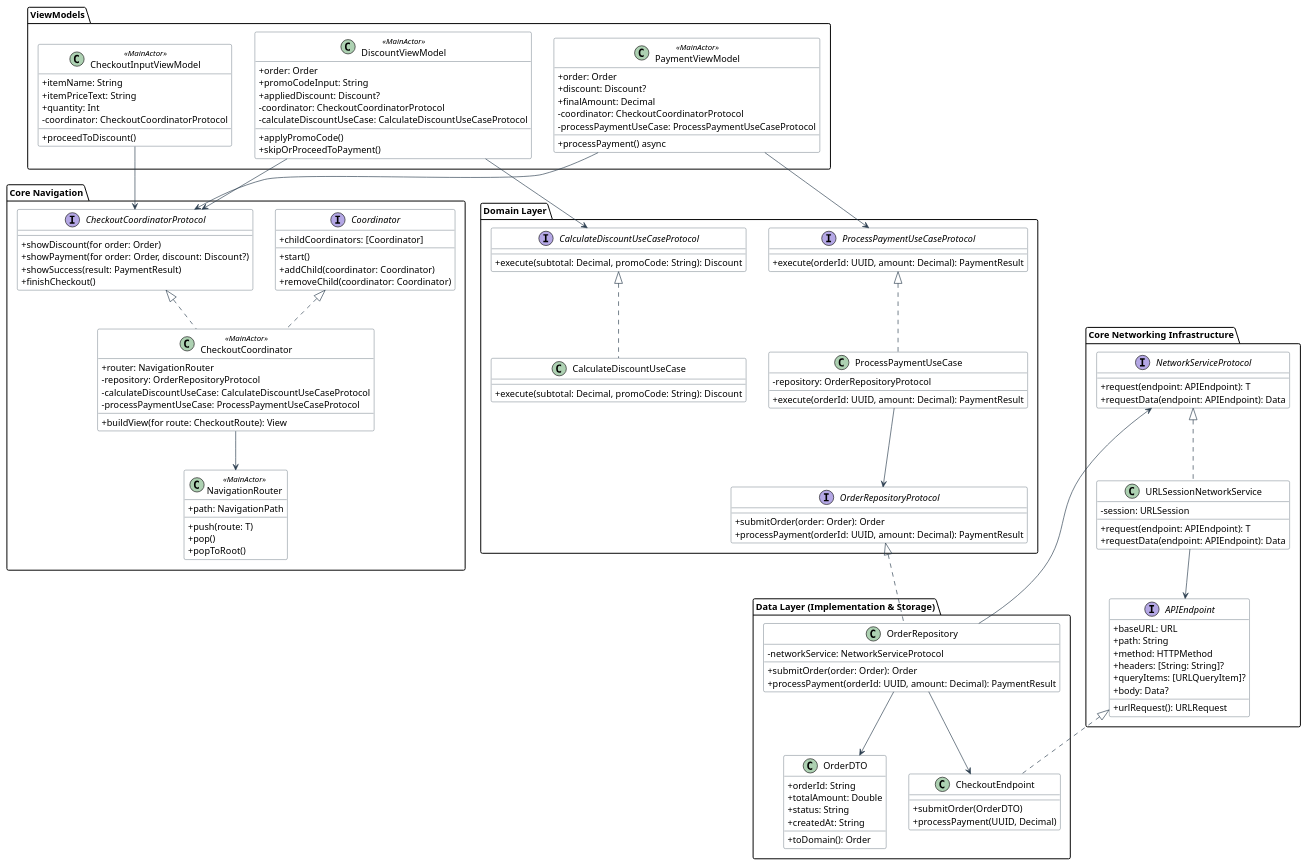
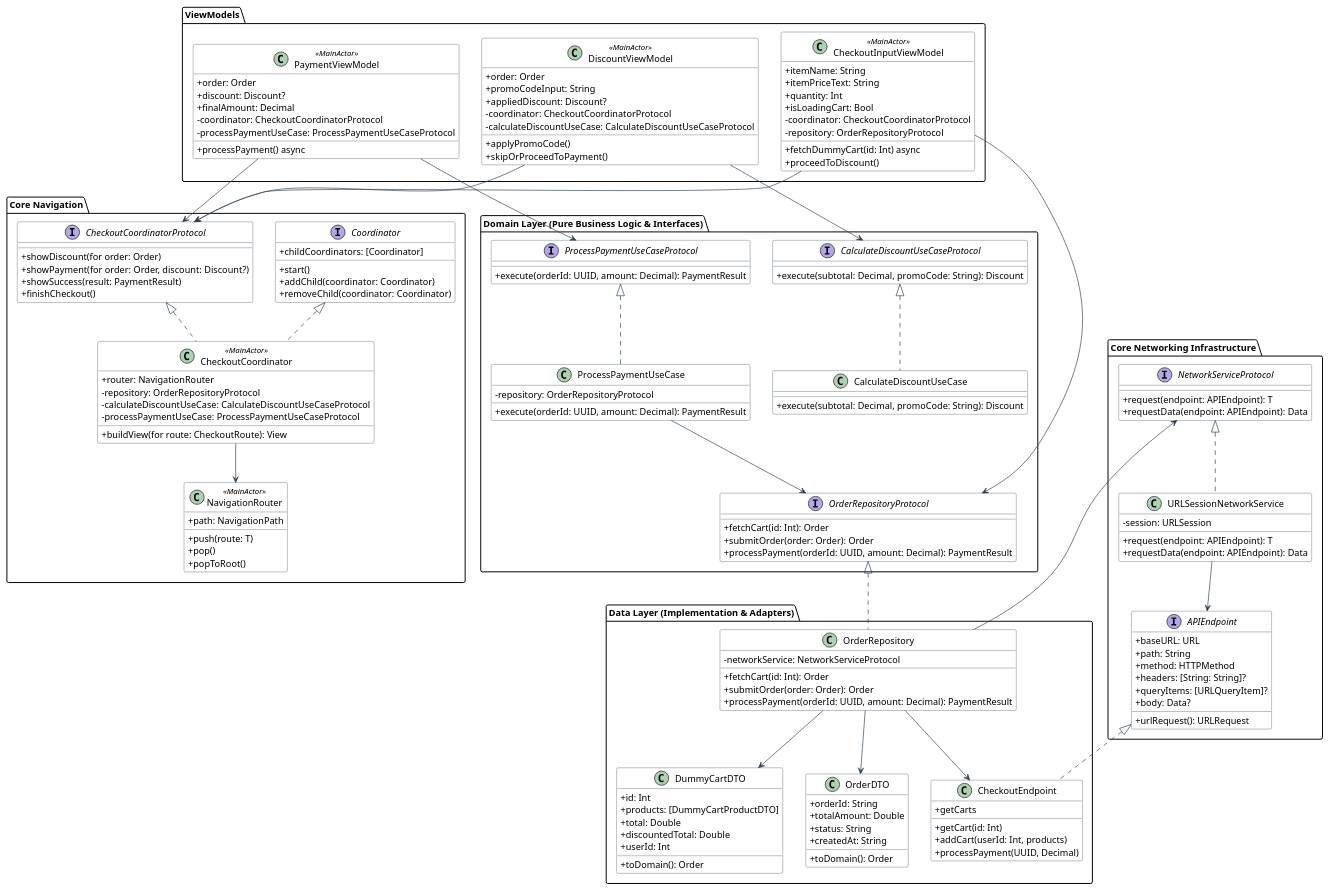
Before and after one commit to lwrnczeng/MVVMC-Blueprint: the diagram in Diagrams/02_class_diagram.puml, drawn with PlantUML. The commit also changed 20 other files, not shown here.

Commit message:
updated code and diagrames

```diff
--- a/Diagrams/02_class_diagram.puml
+++ b/Diagrams/02_class_diagram.puml
@@ -1,159 +1,179 @@
 @startuml ClassDiagram
 skinparam classAttributeIconSize 0
 skinparam class {
     BackgroundColor White
     ArrowColor #2C3E50
     BorderColor #2C3E50
 }
 
 package "Core Navigation" {
     interface Coordinator {
         +childCoordinators: [Coordinator]
         +start()
         +addChild(coordinator: Coordinator)
         +removeChild(coordinator: Coordinator)
     }
 
     class NavigationRouter << MainActor >> {
         +path: NavigationPath
         +push(route: T)
         +pop()
         +popToRoot()
     }
 
     interface CheckoutCoordinatorProtocol {
         +showDiscount(for order: Order)
         +showPayment(for order: Order, discount: Discount?)
         +showSuccess(result: PaymentResult)
         +finishCheckout()
     }
 
     class CheckoutCoordinator << MainActor >> {
         +router: NavigationRouter
         -repository: OrderRepositoryProtocol
         -calculateDiscountUseCase: CalculateDiscountUseCaseProtocol
         -processPaymentUseCase: ProcessPaymentUseCaseProtocol
         +buildView(for route: CheckoutRoute): View
     }
-
-    Coordinator <|.. CheckoutCoordinator
-    CheckoutCoordinatorProtocol <|.. CheckoutCoordinator
-    CheckoutCoordinator --> NavigationRouter
 }
 
 package "Core Networking Infrastructure" {
     interface APIEndpoint {
         +baseURL: URL
         +path: String
         +method: HTTPMethod
         +headers: [String: String]?
         +queryItems: [URLQueryItem]?
         +body: Data?
         +urlRequest(): URLRequest
     }
 
     interface NetworkServiceProtocol {
         +request(endpoint: APIEndpoint): T
         +requestData(endpoint: APIEndpoint): Data
     }
 
     class URLSessionNetworkService {
         -session: URLSession
         +request(endpoint: APIEndpoint): T
         +requestData(endpoint: APIEndpoint): Data
     }
-
-    NetworkServiceProtocol <|.. URLSessionNetworkService
-    URLSessionNetworkService --> APIEndpoint
 }
 
 package "ViewModels" {
     class CheckoutInputViewModel << MainActor >> {
         +itemName: String
         +itemPriceText: String
         +quantity: Int
+        +isLoadingCart: Bool
         -coordinator: CheckoutCoordinatorProtocol
+        -repository: OrderRepositoryProtocol
+        +fetchDummyCart(id: Int) async
         +proceedToDiscount()
     }
 
     class DiscountViewModel << MainActor >> {
         +order: Order
         +promoCodeInput: String
         +appliedDiscount: Discount?
         -coordinator: CheckoutCoordinatorProtocol
         -calculateDiscountUseCase: CalculateDiscountUseCaseProtocol
         +applyPromoCode()
         +skipOrProceedToPayment()
     }
 
     class PaymentViewModel << MainActor >> {
         +order: Order
         +discount: Discount?
         +finalAmount: Decimal
         -coordinator: CheckoutCoordinatorProtocol
         -processPaymentUseCase: ProcessPaymentUseCaseProtocol
         +processPayment() async
     }
-
-    CheckoutInputViewModel --> CheckoutCoordinatorProtocol
-    DiscountViewModel --> CheckoutCoordinatorProtocol
-    PaymentViewModel --> CheckoutCoordinatorProtocol
 }
 
-package "Domain Layer" {
+package "Domain Layer (Pure Business Logic & Interfaces)" {
     interface OrderRepositoryProtocol {
+        +fetchCart(id: Int): Order
         +submitOrder(order: Order): Order
         +processPayment(orderId: UUID, amount: Decimal): PaymentResult
     }
 
     interface CalculateDiscountUseCaseProtocol {
         +execute(subtotal: Decimal, promoCode: String): Discount
     }
 
     interface ProcessPaymentUseCaseProtocol {
         +execute(orderId: UUID, amount: Decimal): PaymentResult
     }
 
     class CalculateDiscountUseCase {
         +execute(subtotal: Decimal, promoCode: String): Discount
     }
 
     class ProcessPaymentUseCase {
         -repository: OrderRepositoryProtocol
         +execute(orderId: UUID, amount: Decimal): PaymentResult
     }
-
-    CalculateDiscountUseCaseProtocol <|.. CalculateDiscountUseCase
-    ProcessPaymentUseCaseProtocol <|.. ProcessPaymentUseCase
-    DiscountViewModel --> CalculateDiscountUseCaseProtocol
-    PaymentViewModel --> ProcessPaymentUseCaseProtocol
-    ProcessPaymentUseCase --> OrderRepositoryProtocol
 }
 
-package "Data Layer (Implementation & Storage)" {
+package "Data Layer (Implementation & Adapters)" {
     class OrderRepository {
         -networkService: NetworkServiceProtocol
+        +fetchCart(id: Int): Order
         +submitOrder(order: Order): Order
         +processPayment(orderId: UUID, amount: Decimal): PaymentResult
     }
 
     class CheckoutEndpoint {
-        +submitOrder(OrderDTO)
+        +getCart(id: Int)
+        +getCarts
+        +addCart(userId: Int, products)
         +processPayment(UUID, Decimal)
+    }
+
+    class DummyCartDTO {
+        +id: Int
+        +products: [DummyCartProductDTO]
+        +total: Double
+        +discountedTotal: Double
+        +userId: Int
+        +toDomain(): Order
     }
 
     class OrderDTO {
         +orderId: String
         +totalAmount: Double
         +status: String
         +createdAt: String
         +toDomain(): Order
     }
+}
 
-    OrderRepositoryProtocol <|.. OrderRepository
-    APIEndpoint <|.. CheckoutEndpoint
-    OrderRepository --> NetworkServiceProtocol
-    OrderRepository --> CheckoutEndpoint
-    OrderRepository --> OrderDTO
-}
+' Relationships & Invocations (Declared outside packages to prevent visual duplication)
+Coordinator <|.. CheckoutCoordinator
+CheckoutCoordinatorProtocol <|.. CheckoutCoordinator
+CheckoutCoordinator --> NavigationRouter
+
+NetworkServiceProtocol <|.. URLSessionNetworkService
+URLSessionNetworkService --> APIEndpoint
+
+CheckoutInputViewModel --> CheckoutCoordinatorProtocol
+CheckoutInputViewModel --> OrderRepositoryProtocol
+DiscountViewModel --> CheckoutCoordinatorProtocol
+PaymentViewModel --> CheckoutCoordinatorProtocol
+
+CalculateDiscountUseCaseProtocol <|.. CalculateDiscountUseCase
+ProcessPaymentUseCaseProtocol <|.. ProcessPaymentUseCase
+DiscountViewModel --> CalculateDiscountUseCaseProtocol
+PaymentViewModel --> ProcessPaymentUseCaseProtocol
+ProcessPaymentUseCase --> OrderRepositoryProtocol
+
+OrderRepositoryProtocol <|.. OrderRepository
+APIEndpoint <|.. CheckoutEndpoint
+OrderRepository --> NetworkServiceProtocol
+OrderRepository --> CheckoutEndpoint
+OrderRepository --> DummyCartDTO
+OrderRepository --> OrderDTO
+
 @enduml
```
